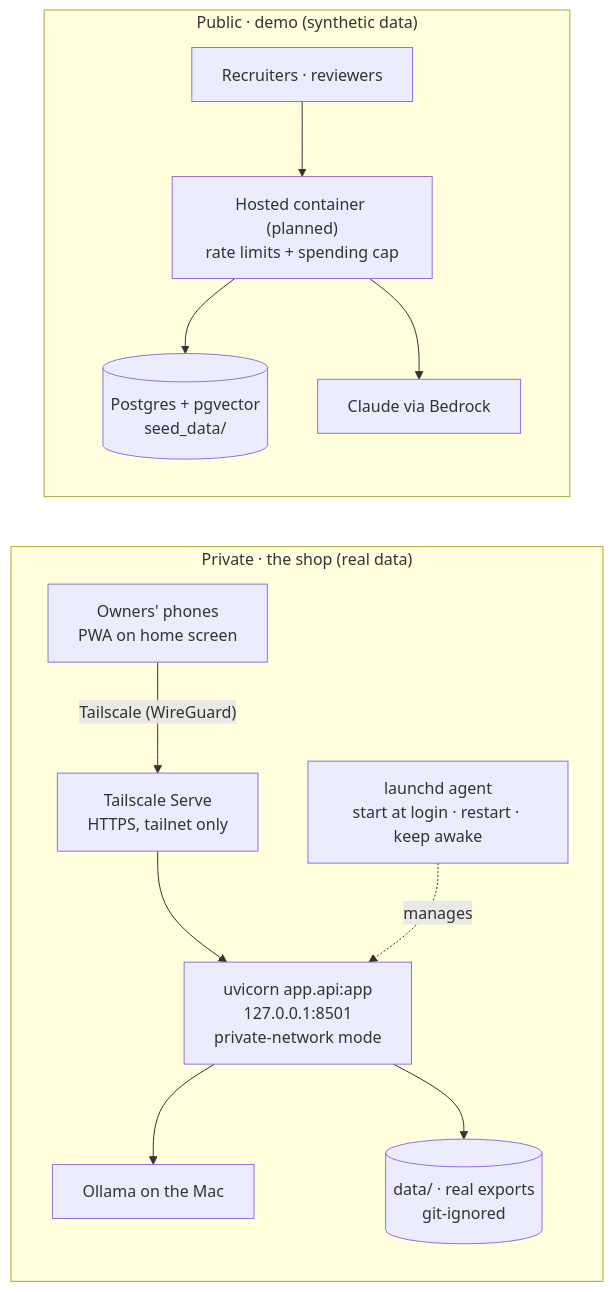
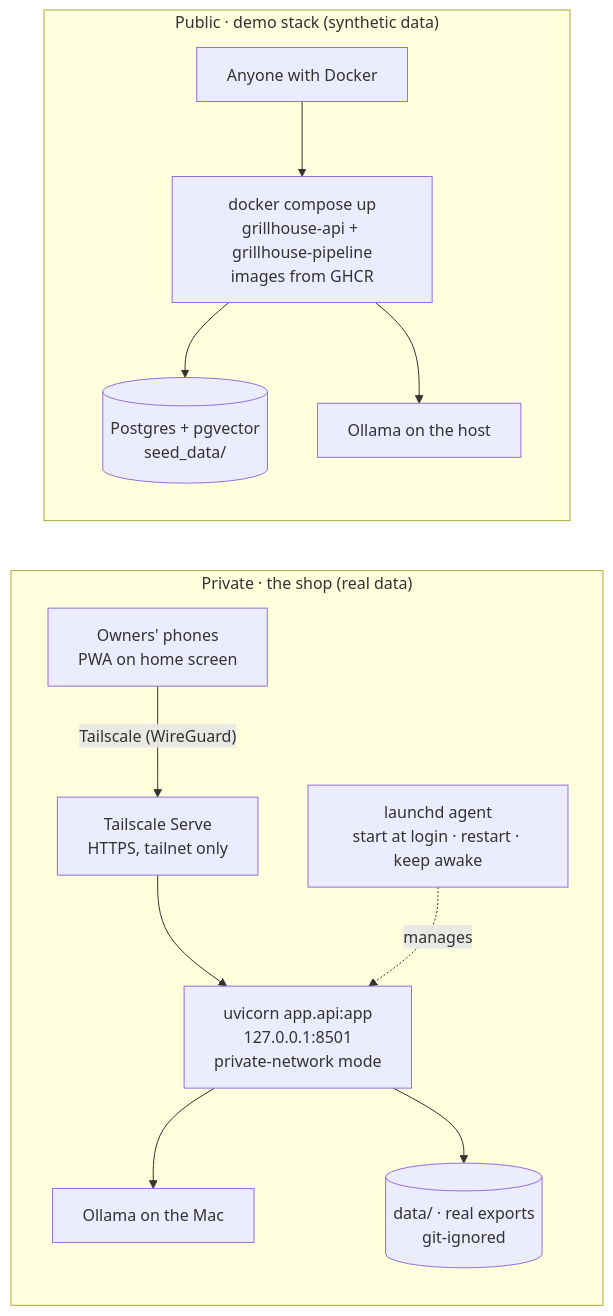
The seventh of 8 diagrams in docs/ARCHITECTURE.md (padduchowdary969/grillhouse-ai-assistant), drawn with Mermaid before and after one commit. The commit also changed other lines of this file and 15 other files, not shown here.

First line of the commit message:
Docker: multi-stage pipeline and api images, full-stack compose, GHCR publishing

````diff
--- a/docs/ARCHITECTURE.md
+++ b/docs/ARCHITECTURE.md
@@ -284,16 +284,16 @@
 ```mermaid
 flowchart LR
     subgraph private["Private · the shop (real data)"]
         phones["Owners' phones<br/>PWA on home screen"] -- "Tailscale (WireGuard)" --> serve["Tailscale Serve<br/>HTTPS, tailnet only"]
         serve --> uv["uvicorn app.api:app<br/>127.0.0.1:8501<br/>private-network mode"]
         uv --> ol["Ollama on the Mac"]
         uv --> real[("data/ · real exports<br/>git-ignored")]
         ld["launchd agent<br/>start at login · restart · keep awake"] -. manages .-> uv
     end
 
-    subgraph public["Public · demo (synthetic data)"]
-        visitor["Recruiters · reviewers"] --> host["Hosted container (planned)<br/>rate limits + spending cap"]
+    subgraph public["Public · demo stack (synthetic data)"]
+        visitor["Anyone with Docker"] --> host["docker compose up<br/>grillhouse-api + grillhouse-pipeline<br/>images from GHCR"]
         host --> pgd[("Postgres + pgvector<br/>seed_data/")]
-        host --> br["Claude via Bedrock"]
+        host --> ol2["Ollama on the host"]
     end
 ```
````
